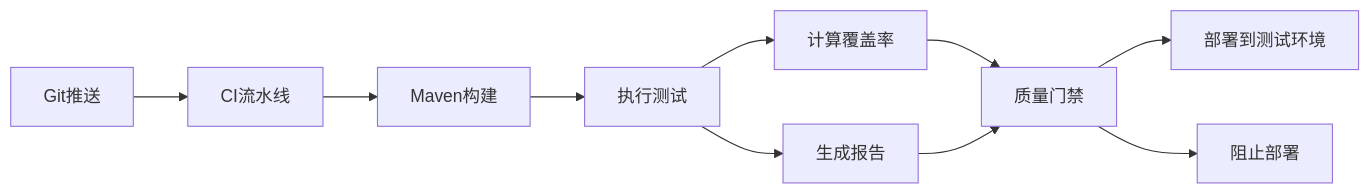
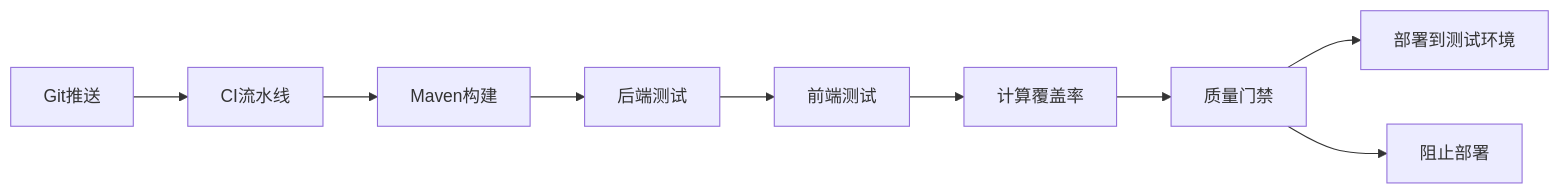
Before and after one commit to gree-coder/fund-butler: diagram 17 of 18 in .qoder/repowiki/zh/content/核心功能开发/测试策略.md, drawn with Mermaid. The commit also changed other lines of this file and 10 other files, not shown here.

````diff
--- a/.qoder/repowiki/zh/content/核心功能开发/测试策略.md
+++ b/.qoder/repowiki/zh/content/核心功能开发/测试策略.md
@@ -496,12 +597,11 @@
 ```mermaid
 flowchart LR
 GitPush[Git推送] --> CI[CI流水线]
 CI --> Build[Maven构建]
-Build --> Test[执行测试]
-Test --> Coverage[计算覆盖率]
-Test --> Report[生成报告]
+Build --> BackendTest[后端测试]
+BackendTest --> FrontendTest[前端测试]
+FrontendTest --> Coverage[计算覆盖率]
 Coverage --> QualityGate[质量门禁]
-Report --> QualityGate
 QualityGate --> Deploy[部署到测试环境]
 QualityGate --> Block[阻止部署]
 ```
````
